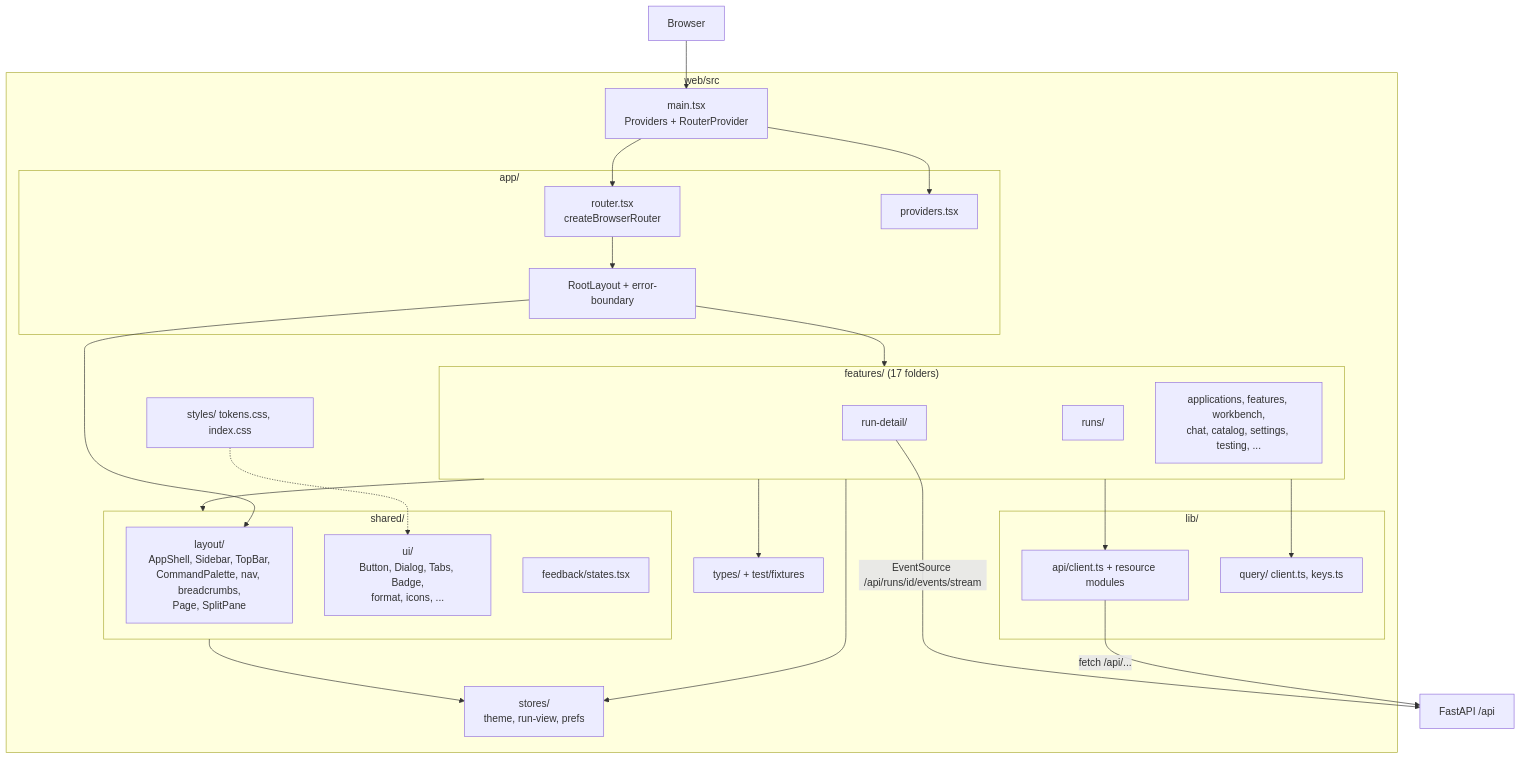
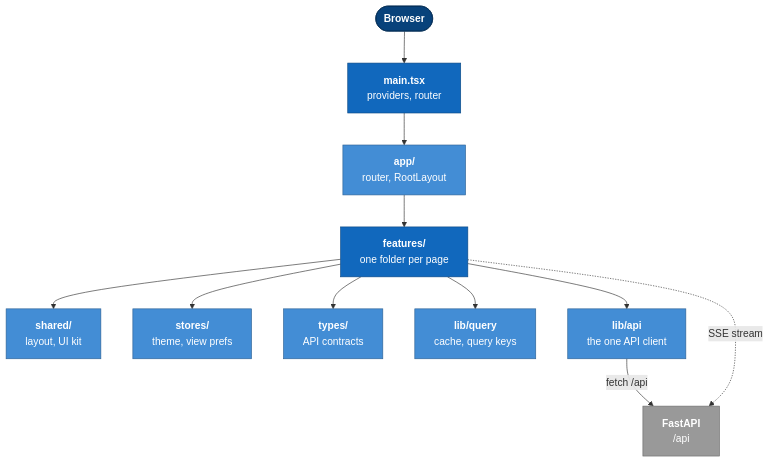
One commit to ram-020998/project-tracker changed the first of 3 diagrams in genesis/architecture/modules/web-app.md. Above: the diagram before and after it, drawn with Mermaid. The commit also changed other lines of this file and 24 other files, not shown here.

First line of the commit message:
architecture: rewrite all 86 Mermaid diagrams to one C4 style, each render-checked

````diff
--- a/genesis/architecture/modules/web-app.md
+++ b/genesis/architecture/modules/web-app.md
@@ -64,42 +64,25 @@
 ```mermaid
 flowchart TB
-    browser["Browser"]
-    subgraph spa["web/src"]
-        main["main.tsx<br/>Providers + RouterProvider"]
-        subgraph app["app/"]
-            router["router.tsx<br/>createBrowserRouter"]
-            root["RootLayout + error-boundary"]
-            prov["providers.tsx"]
-        end
-        subgraph shared["shared/"]
-            layout["layout/<br/>AppShell, Sidebar, TopBar,<br/>CommandPalette, nav, breadcrumbs,<br/>Page, SplitPane"]
-            ui["ui/<br/>Button, Dialog, Tabs, Badge,<br/>format, icons, ..."]
-            fb["feedback/states.tsx"]
-        end
-        subgraph features["features/ (17 folders)"]
-            rd["run-detail/"]
-            runs["runs/"]
-            others["applications, features, workbench,<br/>chat, catalog, settings, testing, ..."]
-        end
-        subgraph lib["lib/"]
-            api["api/client.ts + resource modules"]
-            query["query/ client.ts, keys.ts"]
-        end
-        stores["stores/<br/>theme, run-view, prefs"]
-        types["types/ + test/fixtures"]
-        styles["styles/ tokens.css, index.css"]
-    end
-    backend["FastAPI /api"]
-    browser --> main --> prov
-    main --> router --> root --> layout
-    root --> features
-    features --> shared
-    features --> api
-    features --> query
-    features --> stores
-    features --> types
-    shared --> stores
-    api -->|"fetch /api/..."| backend
-    rd -->|"EventSource /api/runs/id/events/stream"| backend
-    styles -.-> ui
+    browser(["<b>Browser</b>"]):::person
+    main["<b>main.tsx</b><br/>providers, router"]:::core
+    app["<b>app/</b><br/>router, RootLayout"]:::comp
+    features["<b>features/</b><br/>one folder per page"]:::core
+
+    shared["<b>shared/</b><br/>layout, UI kit"]:::comp
+    stores["<b>stores/</b><br/>theme, view prefs"]:::comp
+    types["<b>types/</b><br/>API contracts"]:::comp
+    query["<b>lib/query</b><br/>cache, query keys"]:::comp
+    api["<b>lib/api</b><br/>the one API client"]:::comp
+
+    backend["<b>FastAPI</b><br/>/api"]:::ext
+
+    browser --> main --> app --> features
+    features --> shared & stores & types & query & api
+    api -- "fetch /api" --> backend
+    features -. "SSE stream" .-> backend
+
+    classDef person fill:#08427b,stroke:#052e56,color:#ffffff
+    classDef core fill:#1168bd,stroke:#0b4884,color:#ffffff
+    classDef comp fill:#438dd5,stroke:#2e6295,color:#ffffff
+    classDef ext fill:#999999,stroke:#6b6b6b,color:#ffffff
 ```
````
